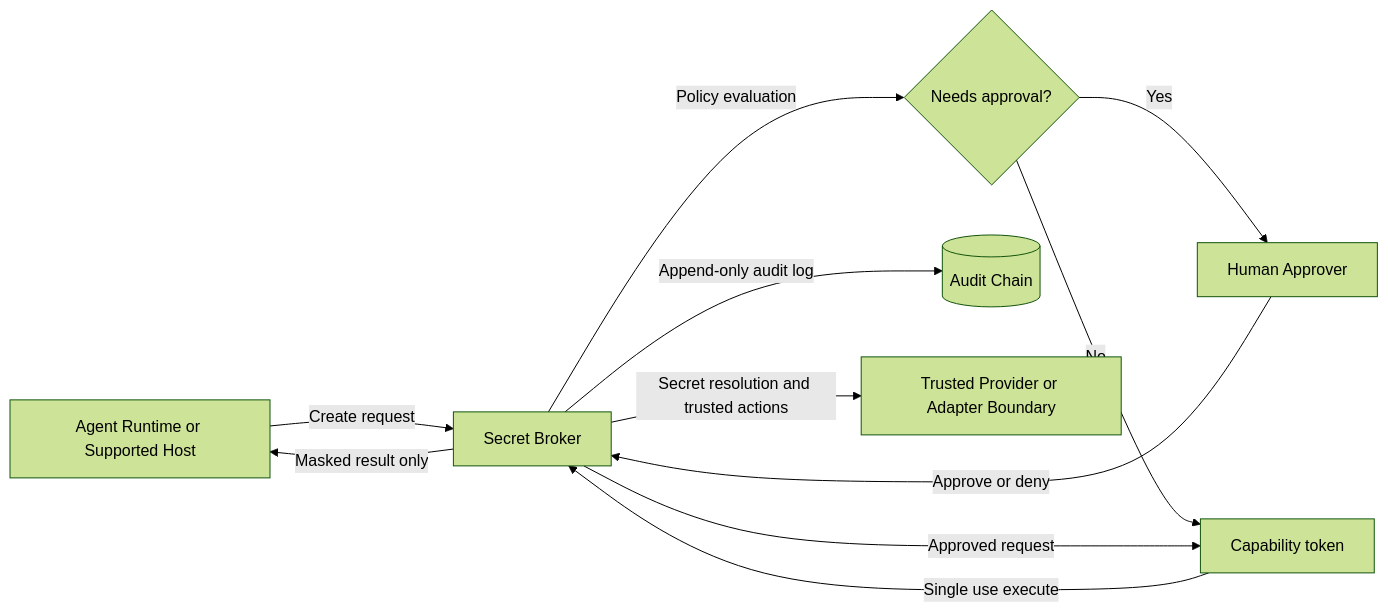
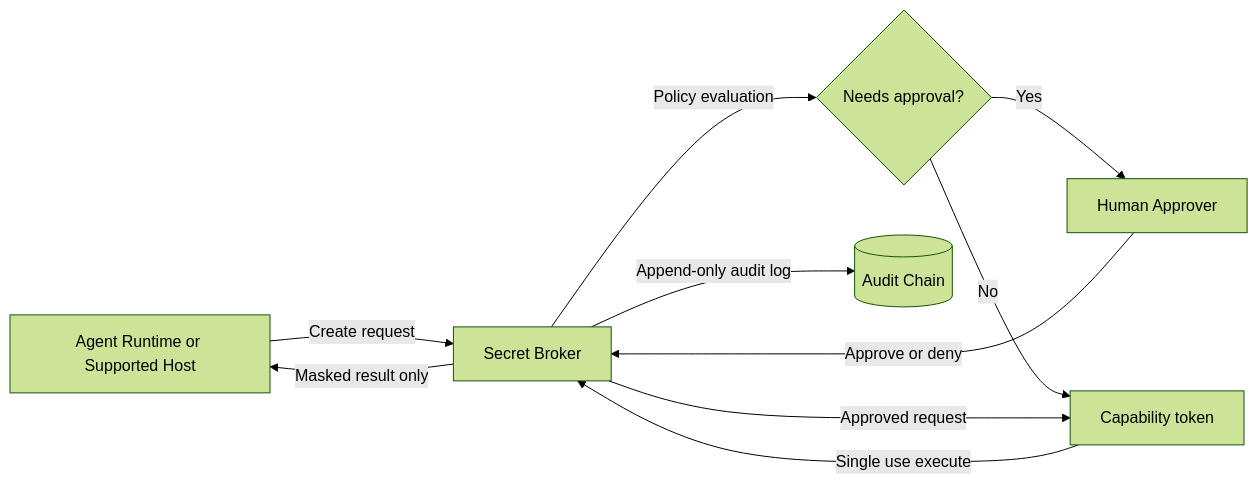
Before and after one commit to Josue7211/AgentSecrets: the diagram in README.md, drawn with Mermaid (forest theme). The commit also changed other lines of this file, not shown here.

````diff
--- a/README.md
+++ b/README.md
@@ -32,13 +23,12 @@
 ```mermaid
 flowchart LR
     A[Agent Runtime or Supported Host] -->|Create request| B[Secret Broker]
     B -->|Policy evaluation| C{Needs approval?}
     C -->|Yes| D[Human Approver]
     D -->|Approve or deny| B
     C -->|No| E[Capability token]
     B -->|Approved request| E
     E -->|Single use execute| B
     B -->|Masked result only| A
     B -->|Append-only audit log| F[(Audit Chain)]
-    B -->|Secret resolution and trusted actions| G[Trusted Provider or Adapter Boundary]
 ```
````
